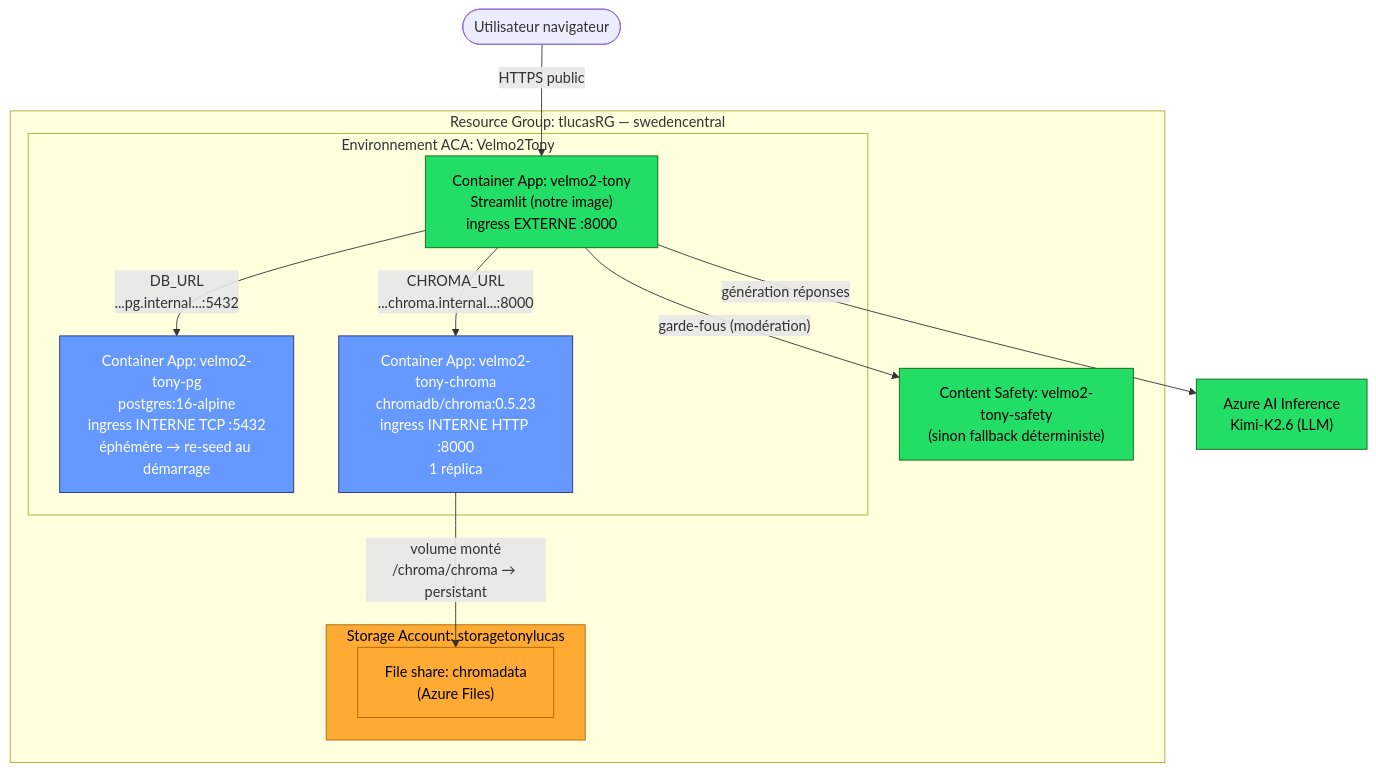
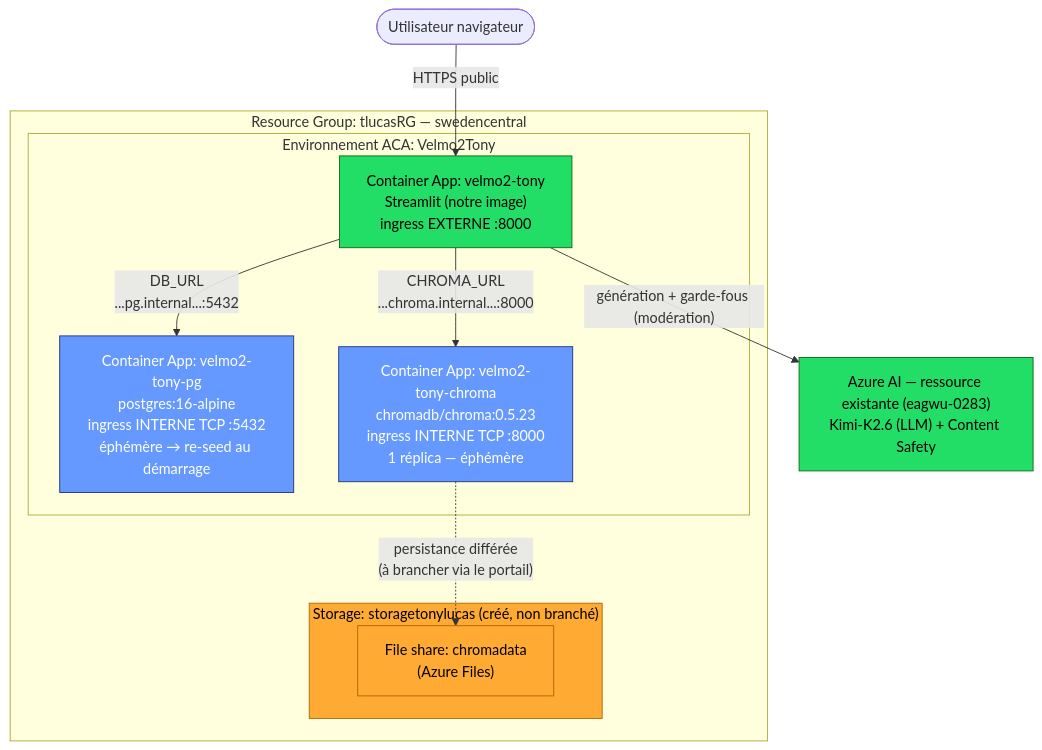
Before and after one commit to tonylucas/velmo-v2: the diagram in docs/superpowers/specs/2026-07-16-eval-mlops-cicd-design.md, drawn with Mermaid. The commit also changed other lines of this file and 1 other file, not shown here.

First line of the commit message:
docs(deploy): reflect reality — ephemeral Chroma, manual deploy (SP blocked)

````diff
--- a/docs/superpowers/specs/2026-07-16-eval-mlops-cicd-design.md
+++ b/docs/superpowers/specs/2026-07-16-eval-mlops-cicd-design.md
@@ -89,34 +99,31 @@
 ```mermaid
 flowchart TB
     User([Utilisateur navigateur]) -->|HTTPS public| App
 
     subgraph RG["Resource Group: tlucasRG — swedencentral"]
         subgraph ENV["Environnement ACA: Velmo2Tony"]
             App["Container App: velmo2-tony<br/>Streamlit (notre image)<br/>ingress EXTERNE :8000"]
             PG["Container App: velmo2-tony-pg<br/>postgres:16-alpine<br/>ingress INTERNE TCP :5432<br/>éphémère → re-seed au démarrage"]
-            Chroma["Container App: velmo2-tony-chroma<br/>chromadb/chroma:0.5.23<br/>ingress INTERNE HTTP :8000<br/>1 réplica"]
+            Chroma["Container App: velmo2-tony-chroma<br/>chromadb/chroma:0.5.23<br/>ingress INTERNE TCP :8000<br/>1 réplica — éphémère"]
         end
 
-        Safety["Content Safety: velmo2-tony-safety<br/>(sinon fallback déterministe)"]
-
-        subgraph STG["Storage Account: storagetonylucas"]
+        subgraph STG["Storage: storagetonylucas (créé, non branché)"]
             Share["File share: chromadata<br/>(Azure Files)"]
         end
     end
 
-    Kimi["Azure AI Inference<br/>Kimi-K2.6 (LLM)"]
+    AI["Azure AI — ressource existante (eagwu-0283)<br/>Kimi-K2.6 (LLM) + Content Safety"]
 
     App -->|"DB_URL<br/>...pg.internal...:5432"| PG
     App -->|"CHROMA_URL<br/>...chroma.internal...:8000"| Chroma
-    App -->|"garde-fous (modération)"| Safety
-    App -->|"génération réponses"| Kimi
-    Chroma -->|"volume monté<br/>/chroma/chroma → persistant"| Share
+    App -->|"génération + garde-fous (modération)"| AI
+    Chroma -.->|"persistance différée<br/>(à brancher via le portail)"| Share
 
     classDef ext fill:#2d6,stroke:#161,color:#000
     classDef int fill:#69f,stroke:#237,color:#fff
     classDef store fill:#fa3,stroke:#a60,color:#000
     class App ext
     class PG,Chroma int
     class Share,STG store
-    class Safety,Kimi ext
+    class AI ext
 ```
````
